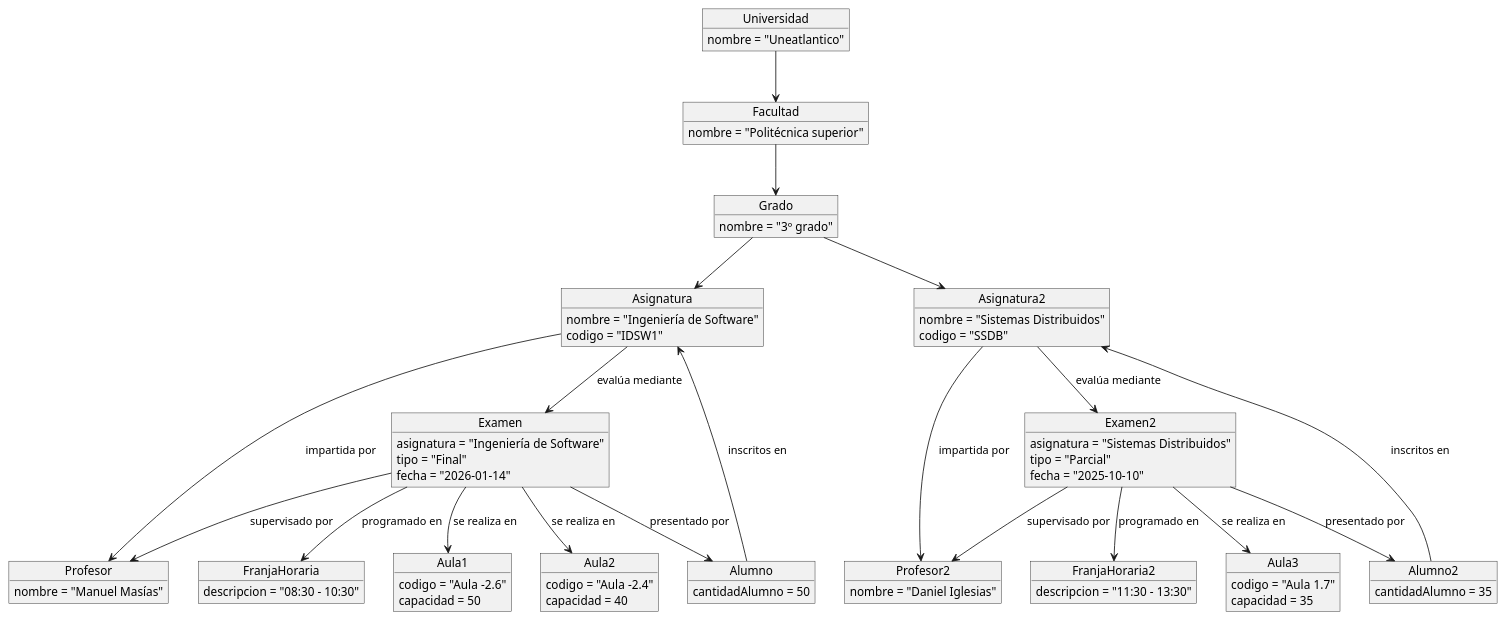
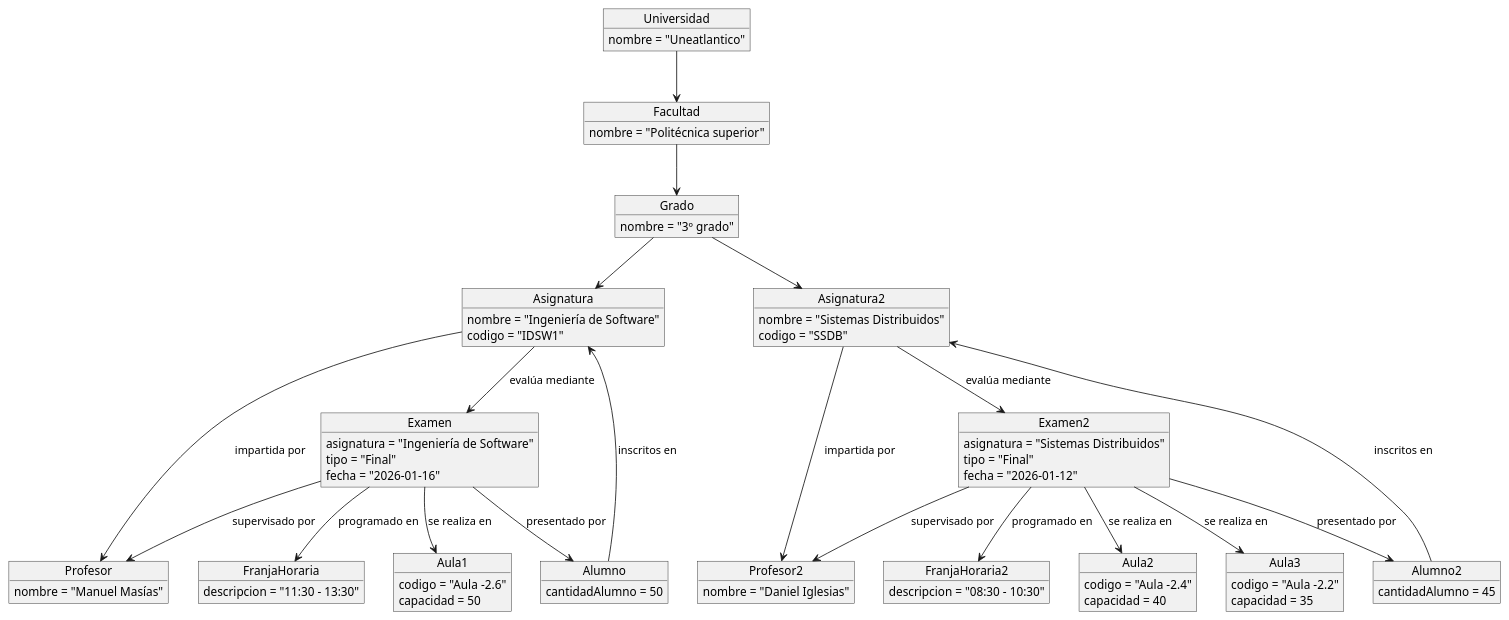
One commit to Alejandrojuarez0105/25-26-IdSw1-SdR changed the diagram in modelos/modelosUML/SegundoDiagramaDeObjetosGeneradorExamenes.puml. Above: the diagram before and after it, drawn with PlantUML. The commit also changed 3 other files, not shown here.

First line of the commit message:
Modificacion de diagramas de objetos para que estén igual que los bocetos

```diff
--- a/modelos/modelosUML/SegundoDiagramaDeObjetosGeneradorExamenes.puml
+++ b/modelos/modelosUML/SegundoDiagramaDeObjetosGeneradorExamenes.puml
@@ -1,100 +1,100 @@
 @startuml
 
 object Universidad {
 nombre = "Uneatlantico"
 }
 
 object Facultad {
 nombre = "Politécnica superior"
 }
 
 object Grado {
 nombre = "3º grado"
 }
 
 object Asignatura {
 nombre = "Ingeniería de Software"
 codigo = "IDSW1"
 }
 
 object Asignatura2 {
 nombre = "Sistemas Distribuidos"
 codigo = "SSDB"
 }
 
 object Examen{
 asignatura = "Ingeniería de Software"
 tipo = "Final"
-fecha = "2026-01-14"
+fecha = "2026-01-16"
 }
 
 object Examen2{
 asignatura = "Sistemas Distribuidos"
-tipo = "Parcial"
-fecha = "2025-10-10"
+tipo = "Final"
+fecha = "2026-01-12"
 }
 
 object Profesor {
 nombre = "Manuel Masías"
 }
 
 object Profesor2 {
 nombre = "Daniel Iglesias"
 }
 
 object FranjaHoraria{
-descripcion = "08:30 - 10:30"
+descripcion = "11:30 - 13:30"
 }
 
 object FranjaHoraria2{
-descripcion = "11:30 - 13:30"
+descripcion = "08:30 - 10:30"
 }
 
 object Aula1 {
 codigo = "Aula -2.6"
 capacidad = 50
 }
 
 object Aula2 {
 codigo = "Aula -2.4"
 capacidad = 40
 }
 
 object Aula3 {
-codigo = "Aula 1.7"
+codigo = "Aula -2.2"
 capacidad = 35
 }
 
 object Alumno {
 cantidadAlumno = 50
 }
 
 object Alumno2 {
-cantidadAlumno = 35
+cantidadAlumno = 45
 }
 
 Universidad --> Facultad
 Facultad --> Grado
 Grado --> Asignatura
 Grado --> Asignatura2
 
 Asignatura --> Profesor : impartida por
 Alumno --> Asignatura : inscritos en
 Asignatura --> Examen   : evalúa mediante
 
 Asignatura2 --> Profesor2 : impartida por
 Alumno2 --> Asignatura2 : inscritos en
 Asignatura2 --> Examen2   : evalúa mediante
 
 Examen --> FranjaHoraria : programado en
 Examen --> Profesor      : supervisado por
 Examen --> Alumno        : presentado por
 Examen --> Aula1 : se realiza en
-Examen --> Aula2 : se realiza en
+Examen2 --> Aula2 : se realiza en
 
 Examen2 --> FranjaHoraria2 : programado en
 Examen2 --> Profesor2      : supervisado por
 Examen2 --> Alumno2        : presentado por
 Examen2 --> Aula3 : se realiza en
 
 @enduml
```
